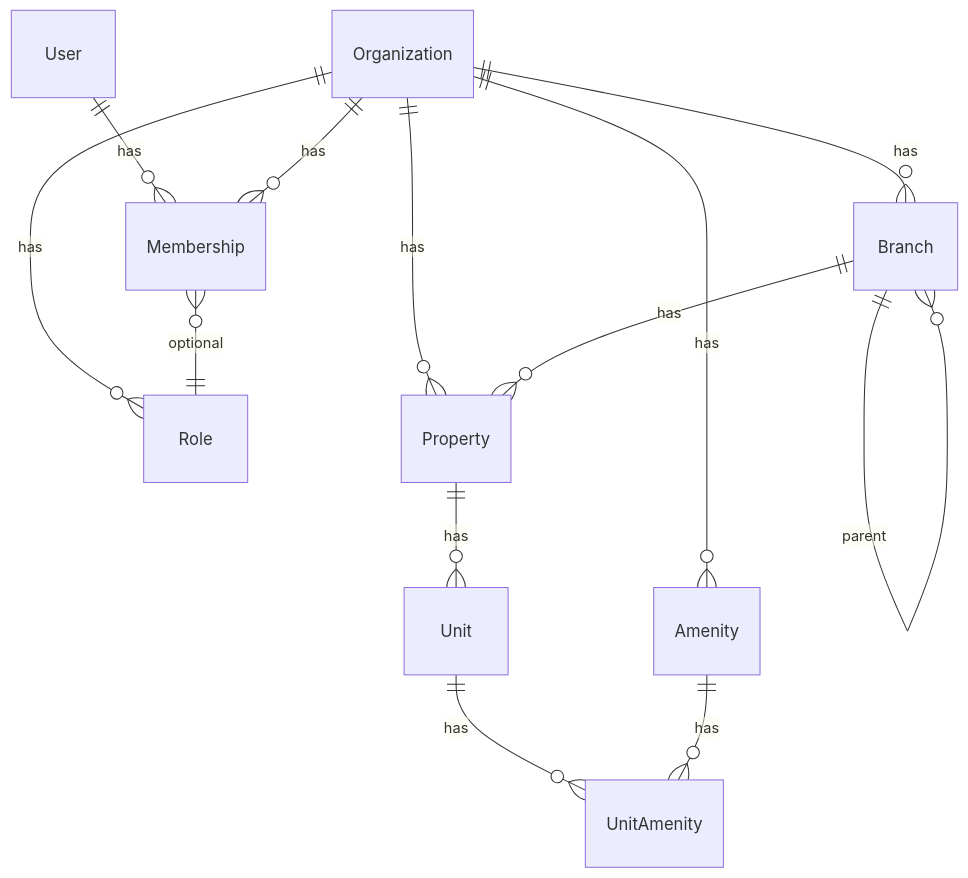
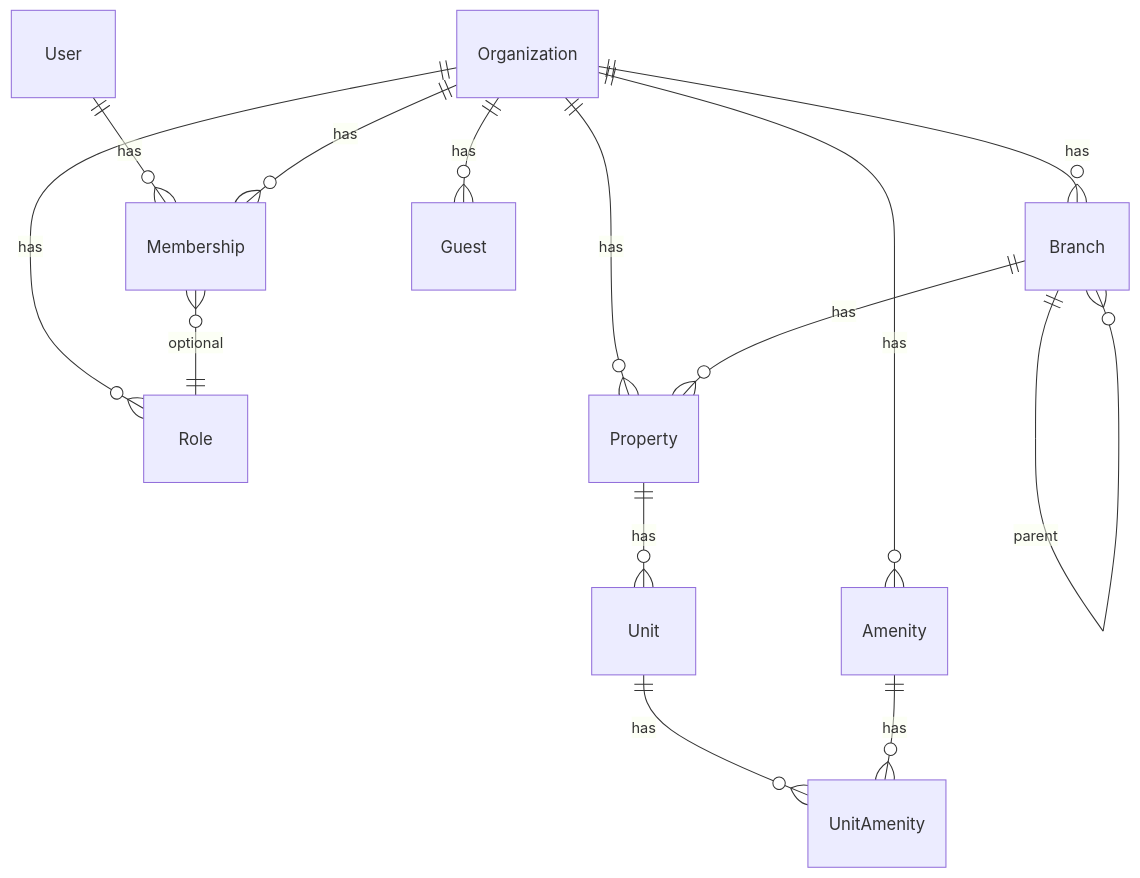
Before and after one commit to Arshev/apartus: the diagram in memory-bank/domain/schema.md, drawn with Mermaid. The commit also changed other lines of this file and 4 other files, not shown here.

First line of the commit message:
docs(FT-001): feature package, schema, roadmap updates

````diff
--- a/memory-bank/domain/schema.md
+++ b/memory-bank/domain/schema.md
@@ -167,15 +183,16 @@
 ```mermaid
 erDiagram
     User ||--o{ Membership : has
     Organization ||--o{ Membership : has
     Organization ||--o{ Role : has
     Membership }o--|| Role : optional
     Organization ||--o{ Branch : has
     Organization ||--o{ Property : has
     Organization ||--o{ Amenity : has
+    Organization ||--o{ Guest : has
     Branch ||--o{ Property : has
     Branch ||--o{ Branch : parent
     Property ||--o{ Unit : has
     Unit ||--o{ UnitAmenity : has
     Amenity ||--o{ UnitAmenity : has
 ```
````
